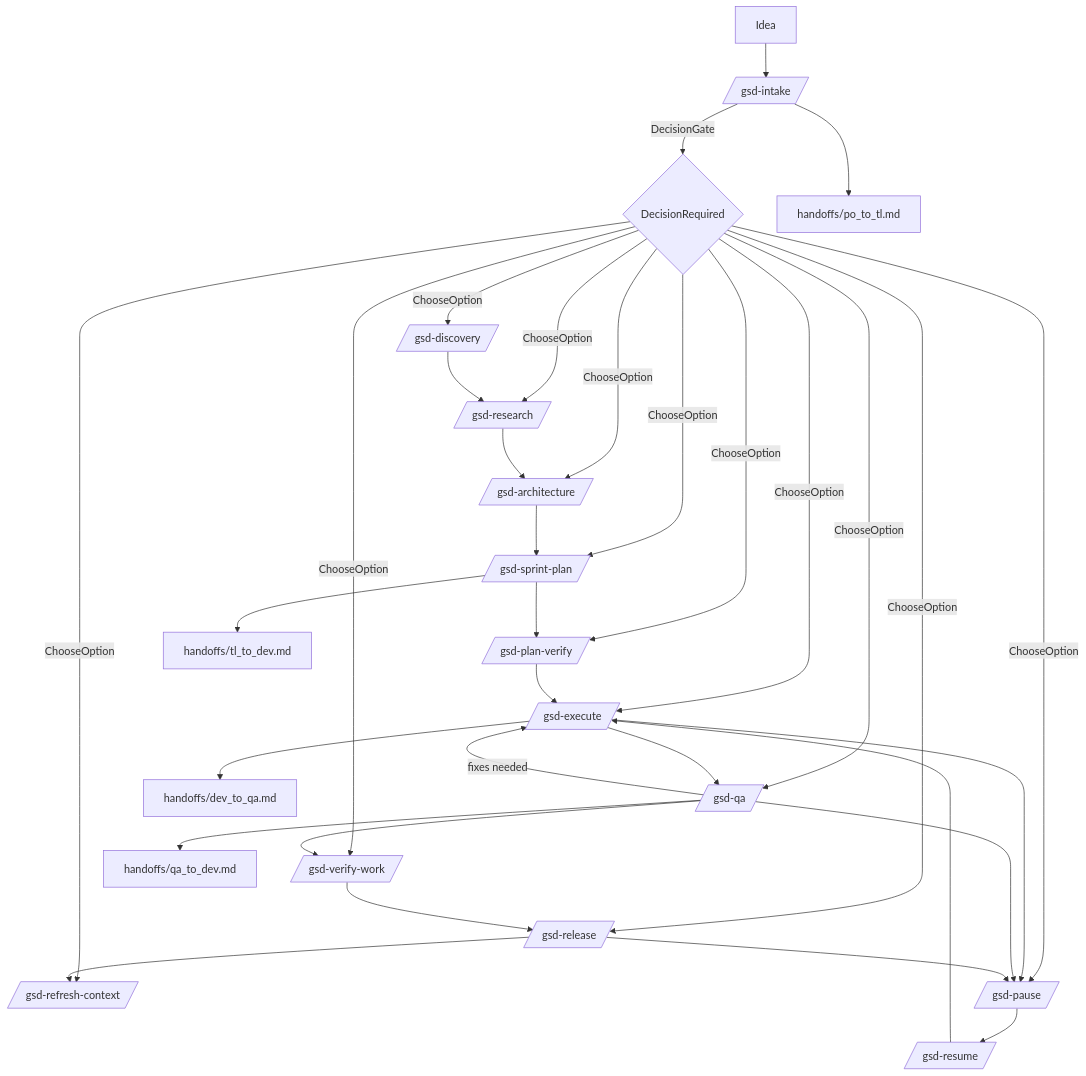
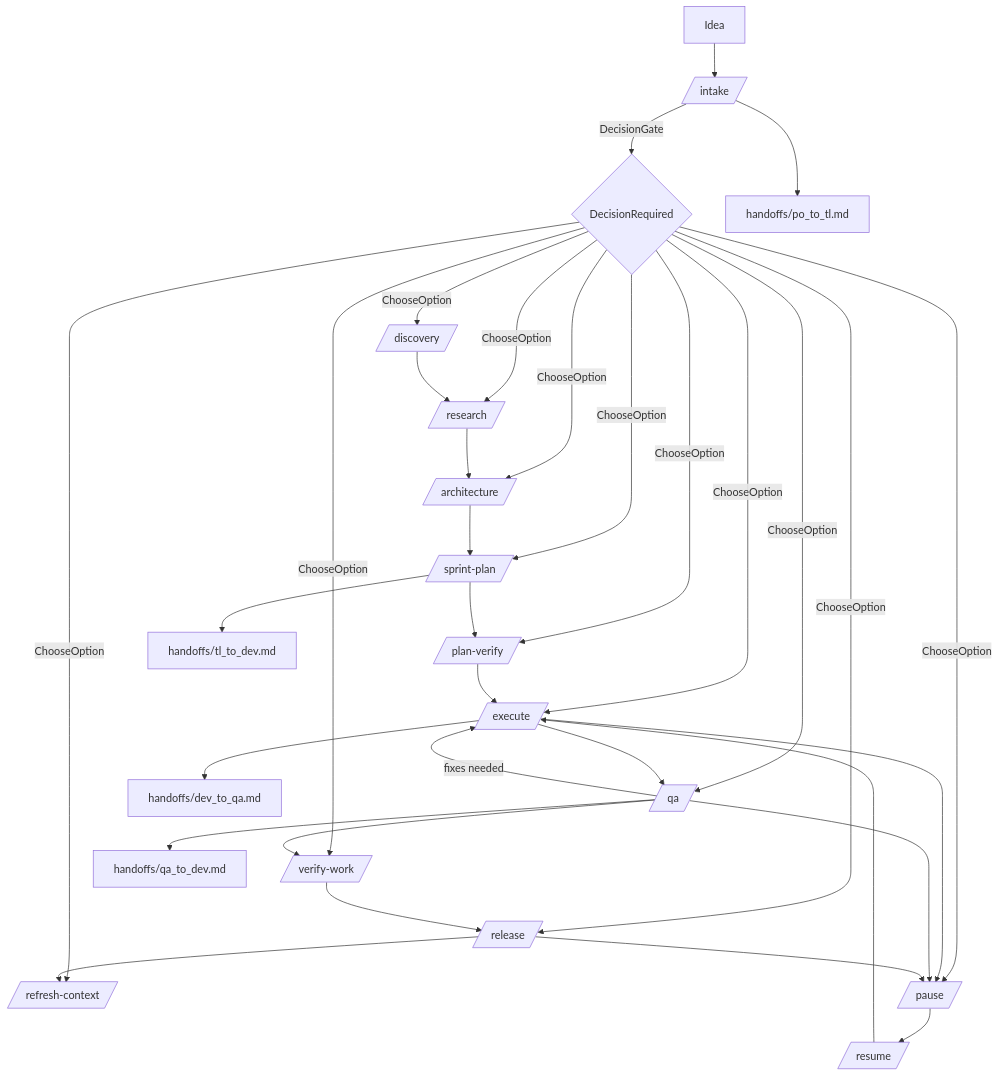
One commit to fl0wm0ti0n/gsd_cursor changed the seventh of 7 diagrams in README.md. Above: the diagram before and after it, drawn with Mermaid. The commit also changed other lines of this file and 80 other files, not shown here.

````diff
--- a/README.md
+++ b/README.md
@@ -612,35 +699,35 @@
 ```mermaid
 flowchart TD
-  Start[Idea] --> Intake2[/gsd-intake/]
+  Start[Idea] --> Intake2[/intake/]
   Intake2 -->|DecisionGate| Decision{DecisionRequired}
-  Decision -->|ChooseOption| Discovery2[/gsd-discovery/]
-  Decision -->|ChooseOption| Research2[/gsd-research/]
-  Decision -->|ChooseOption| Architecture2[/gsd-architecture/]
-  Decision -->|ChooseOption| SprintPlan2[/gsd-sprint-plan/]
-  Decision -->|ChooseOption| PlanVerify2[/gsd-plan-verify/]
-  Decision -->|ChooseOption| Execute2[/gsd-execute/]
-  Decision -->|ChooseOption| QA2[/gsd-qa/]
-  Decision -->|ChooseOption| VerifyWork2[/gsd-verify-work/]
-  Decision -->|ChooseOption| Release2[/gsd-release/]
-  Decision -->|ChooseOption| Refresh2[/gsd-refresh-context/]
-  Decision -->|ChooseOption| Pause2[/gsd-pause/]
+  Decision -->|ChooseOption| Discovery2[/discovery/]
+  Decision -->|ChooseOption| Research2[/research/]
+  Decision -->|ChooseOption| Architecture2[/architecture/]
+  Decision -->|ChooseOption| SprintPlan2[/sprint-plan/]
+  Decision -->|ChooseOption| PlanVerify2[/plan-verify/]
+  Decision -->|ChooseOption| Execute2[/execute/]
+  Decision -->|ChooseOption| QA2[/qa/]
+  Decision -->|ChooseOption| VerifyWork2[/verify-work/]
+  Decision -->|ChooseOption| Release2[/release/]
+  Decision -->|ChooseOption| Refresh2[/refresh-context/]
+  Decision -->|ChooseOption| Pause2[/pause/]
   Discovery2 --> Research2
   Research2 --> Architecture2
   Architecture2 --> SprintPlan2
   SprintPlan2 --> PlanVerify2
   PlanVerify2 --> Execute2
   Execute2 --> QA2
   QA2 -->|fixes needed| Execute2
   QA2 --> VerifyWork2
   VerifyWork2 --> Release2
   Release2 --> Refresh2
   Execute2 --> Pause2
   QA2 --> Pause2
   Release2 --> Pause2
-  Pause2 --> Resume2[/gsd-resume/]
+  Pause2 --> Resume2[/resume/]
   Resume2 --> Execute2
   Execute2 --> HandoffDevQA[handoffs/dev_to_qa.md]
   QA2 --> HandoffQAD[handoffs/qa_to_dev.md]
   Intake2 --> HandoffPOTL[handoffs/po_to_tl.md]
   SprintPlan2 --> HandoffTLDev[handoffs/tl_to_dev.md]
 ```
````
